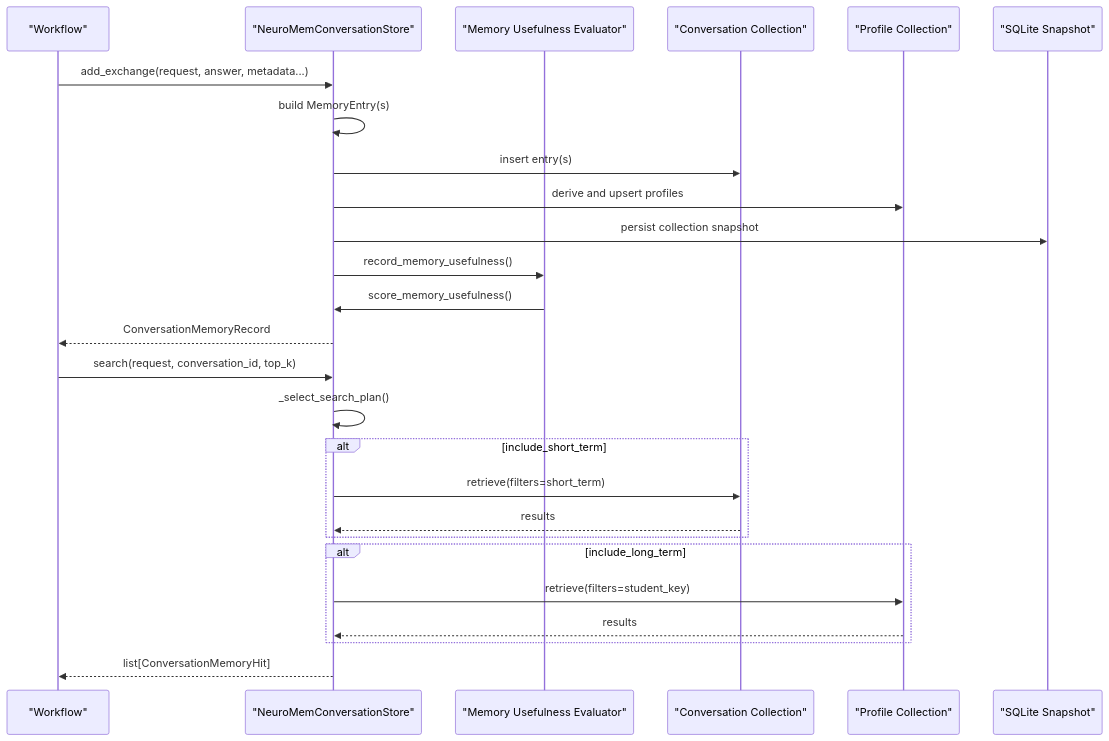
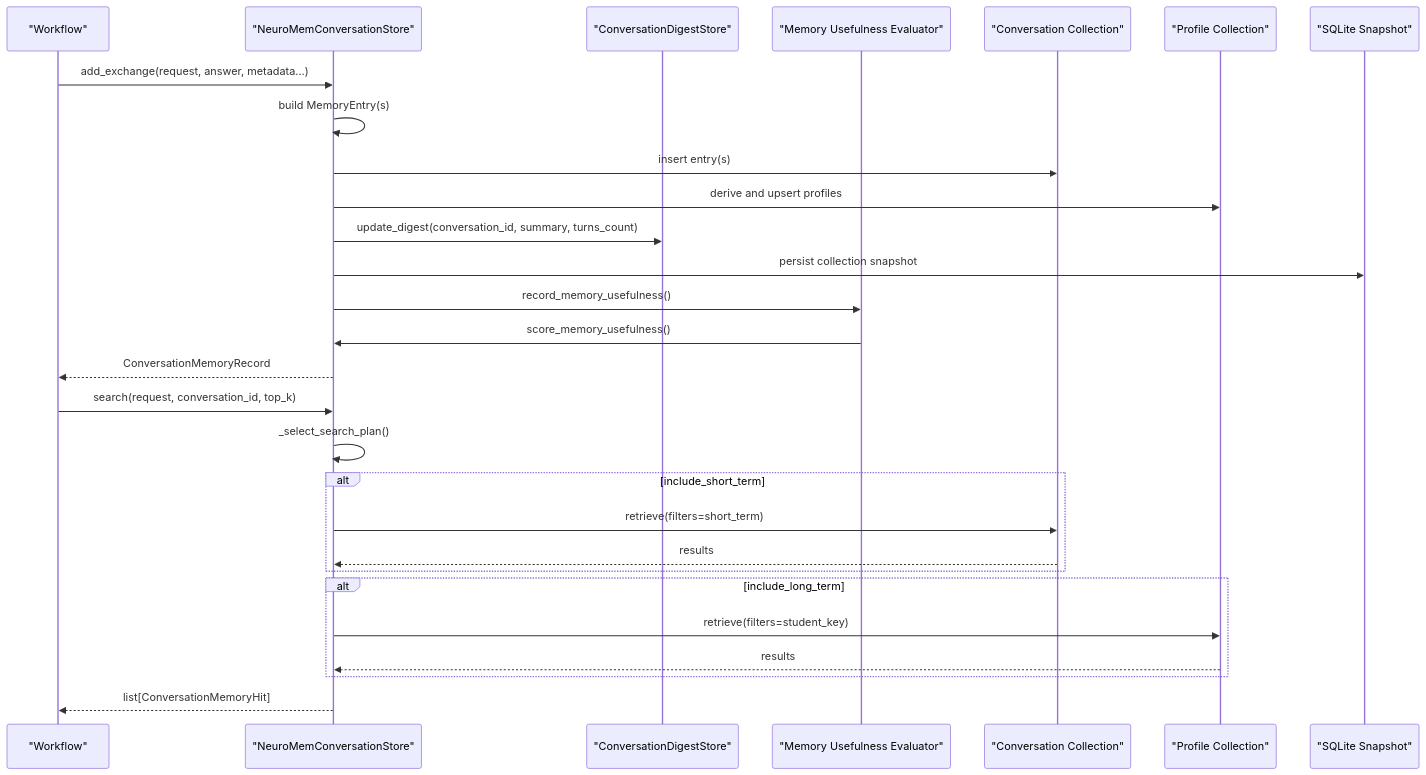
One commit to intellistream/sage-mate changed the second of 3 diagrams in .qoder/repowiki/en/content/Memory Systems/Conversation Memory.md. Above: the diagram before and after it, drawn with Mermaid. The commit also changed other lines of this file and 101 other files, not shown here.

````diff
--- a/.qoder/repowiki/en/content/Memory Systems/Conversation Memory.md
+++ b/.qoder/repowiki/en/content/Memory Systems/Conversation Memory.md
@@ -114,28 +128,30 @@
 ```mermaid
 sequenceDiagram
 participant WF as "Workflow"
 participant Store as "NeuroMemConversationStore"
+participant Digest as "ConversationDigestStore"
 participant Eval as "Memory Usefulness Evaluator"
 participant Conv as "Conversation Collection"
 participant Prof as "Profile Collection"
 participant DB as "SQLite Snapshot"
 WF->>Store : add_exchange(request, answer, metadata...)
 Store->>Store : build MemoryEntry(s)
 Store->>Conv : insert entry(s)
 Store->>Prof : derive and upsert profiles
+Store->>Digest : update_digest(conversation_id, summary, turns_count)
 Store->>DB : persist collection snapshot
 Store->>Eval : record_memory_usefulness()
 Eval->>Store : score_memory_usefulness()
 Store-->>WF : ConversationMemoryRecord
 WF->>Store : search(request, conversation_id, top_k)
 Store->>Store : _select_search_plan()
 alt include_short_term
 Store->>Conv : retrieve(filters=short_term)
 Conv-->>Store : results
 end
 alt include_long_term
 Store->>Prof : retrieve(filters=student_key)
 Prof-->>Store : results
 end
 Store-->>WF : list[ConversationMemoryHit]
 ```
````
